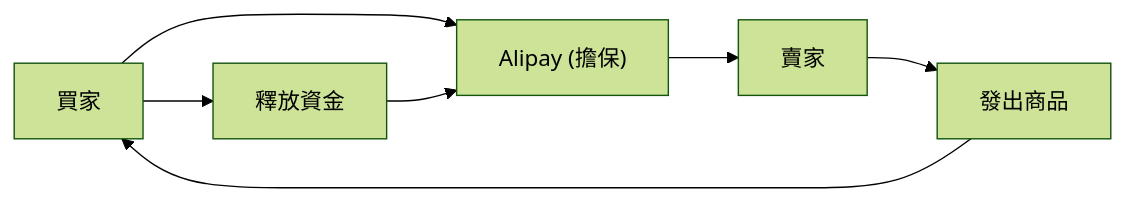
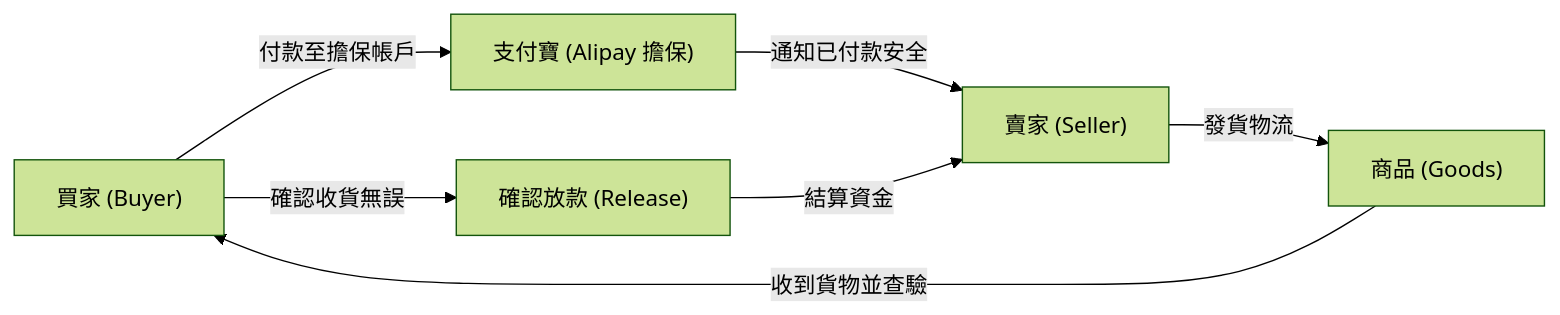
Before and after one commit to kenjinote/blog: the diagram in content/post/history-of-alibaba/index.zh-tw.md, drawn with Mermaid (forest theme). The commit also changed other lines of this file and 219 other files, not shown here.

````diff
--- a/content/post/history-of-alibaba/index.zh-tw.md
+++ b/content/post/history-of-alibaba/index.zh-tw.md
@@ -24,9 +46,9 @@
 ```mermaid
 flowchart LR
-    Buyer["買家"] --> Alipay["Alipay (擔保)"]
-    Alipay --> Seller["賣家"]
-    Seller --> Goods["發出商品"]
-    Goods --> Buyer
-    Buyer --> Release["釋放資金"]
-    Release --> Alipay
+    Buyer["買家 (Buyer)"] -->|付款至擔保帳戶| Alipay["支付寶 (Alipay 擔保)"]
+    Alipay -->|通知已付款安全| Seller["賣家 (Seller)"]
+    Seller -->|發貨物流| Goods["商品 (Goods)"]
+    Goods -->|收到貨物並查驗| Buyer
+    Buyer -->|確認收貨無誤| Release["確認放款 (Release)"]
+    Release -->|結算資金| Seller
 ```
````
